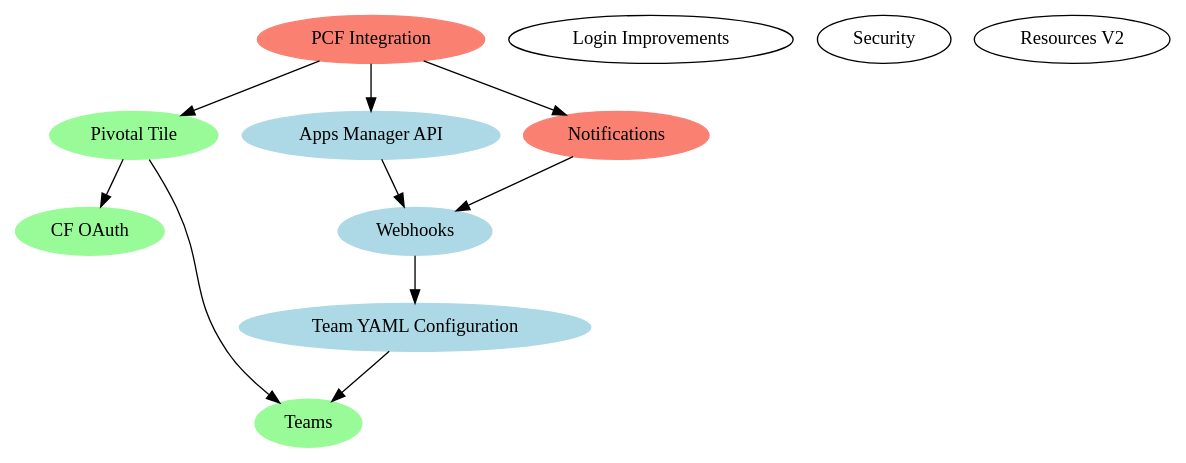
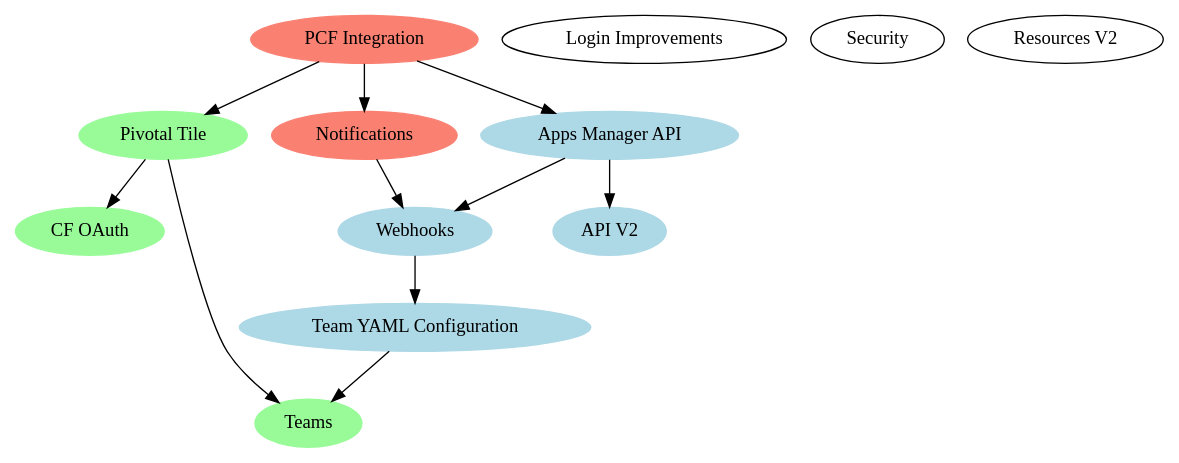
Before and after one commit to vmware-archive/skunkworks: the diagram in roadmap/roadmap.dot, drawn with Graphviz.

Commit message:
add apiv2 epic

```diff
--- a/roadmap/roadmap.dot
+++ b/roadmap/roadmap.dot
@@ -1,30 +1,31 @@
 digraph G {
   subgraph v11 {
     node [style=filled, color=palegreen]
 
     "Pivotal Tile" -> "CF OAuth"
     "Pivotal Tile" -> "Teams"
   }
 
   subgraph v12 {
     node [style=filled, color=lightblue]
 
     "Team YAML Configuration" -> "Teams"
     "Webhooks" -> "Team YAML Configuration"
+    "Apps Manager API" -> "API V2"
     "Apps Manager API" -> "Webhooks"
   }
 
   subgraph v13 {
     node [style=filled, color=salmon]
 
     "Notifications" -> "Webhooks"
 
     "PCF Integration" -> "Pivotal Tile"
     "PCF Integration" -> "Notifications"
     "PCF Integration" -> "Apps Manager API"
   }
 
   "Login Improvements"
   "Security"
   "Resources V2"
 }
```
